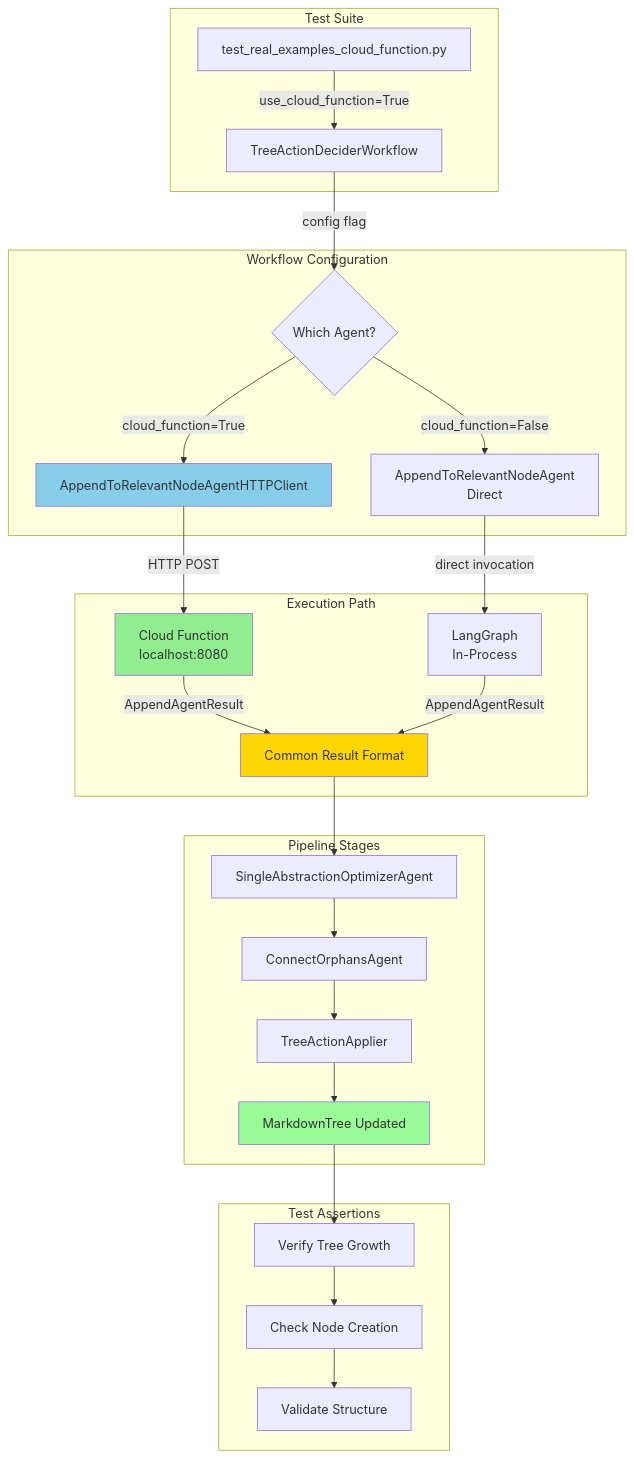
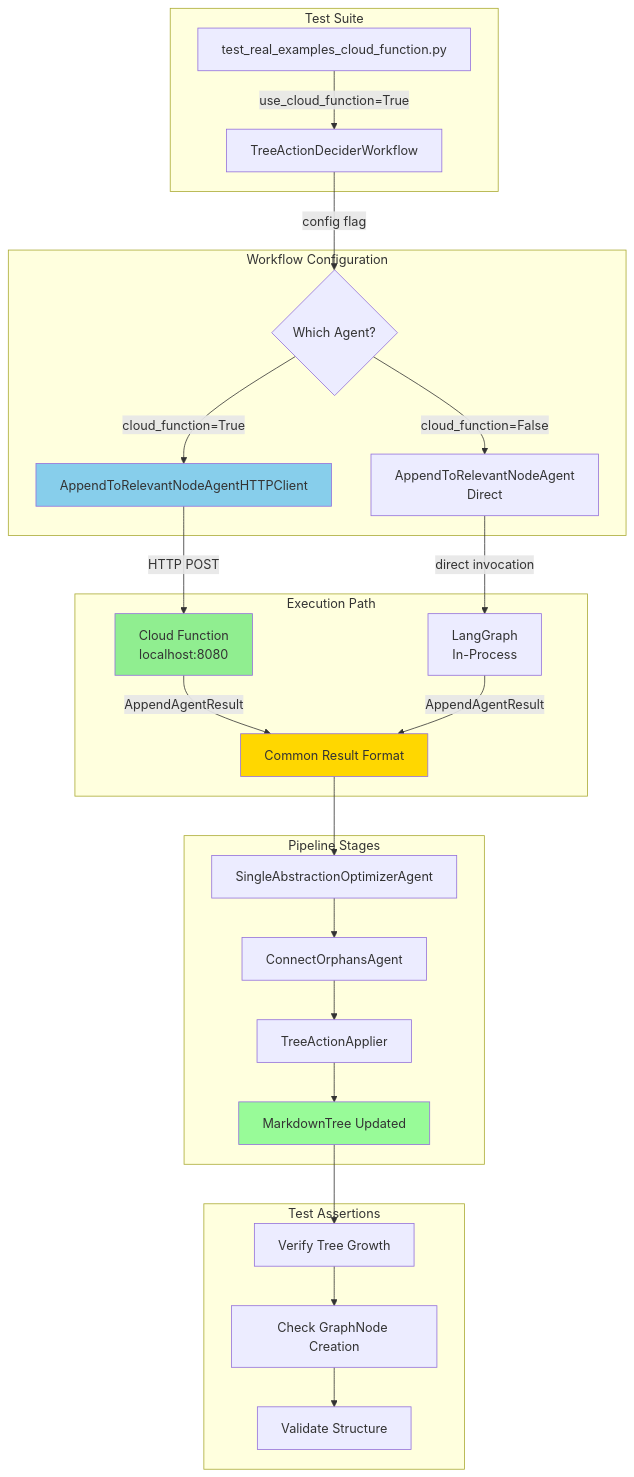
One commit to voicetreelab/voicetree changed the first of 2 diagrams in frontend/webapp/tests/fixtures/example_real_large/2025-09-30/14_1_1_2_1_Victor_Workstream_2_Plan_System_Test_Integration.md. Above: the diagram before and after it, drawn with Mermaid. The commit also changed 119 other files, not shown here.

````diff
--- a/frontend/webapp/tests/fixtures/example_real_large/2025-09-30/14_1_1_2_1_Victor_Workstream_2_Plan_System_Test_Integration.md
+++ b/frontend/webapp/tests/fixtures/example_real_large/2025-09-30/14_1_1_2_1_Victor_Workstream_2_Plan_System_Test_Integration.md
@@ -58,38 +58,38 @@
 ```mermaid
 flowchart TB
     subgraph "Test Suite"
         A[test_real_examples_cloud_function.py] -->|"use_cloud_function=True"| B[TreeActionDeciderWorkflow]
     end
     
     subgraph "Workflow Configuration"
         B -->|config flag| C{Which Agent?}
         C -->|"cloud_function=True"| D[AppendToRelevantNodeAgentHTTPClient]
         C -->|"cloud_function=False"| E[AppendToRelevantNodeAgent<br/>Direct]
     end
     
     subgraph "Execution Path"
         D -->|HTTP POST| F[Cloud Function<br/>localhost:8080]
         E -->|direct invocation| G[LangGraph<br/>In-Process]
         
         F -->|"AppendAgentResult"| H[Common Result Format]
         G -->|"AppendAgentResult"| H
     end
     
     subgraph "Pipeline Stages"
         H --> I[SingleAbstractionOptimizerAgent]
         I --> J[ConnectOrphansAgent]
         J --> K[TreeActionApplier]
         K --> L[MarkdownTree Updated]
     end
     
     subgraph "Test Assertions"
         L --> M[Verify Tree Growth]
-        M --> N[Check Node Creation]
+        M --> N[Check GraphNode Creation]
         N --> O[Validate Structure]
     end
     
     style D fill:#87CEEB
     style F fill:#90EE90
     style H fill:#FFD700
     style L fill:#98FB98
 ```
````
